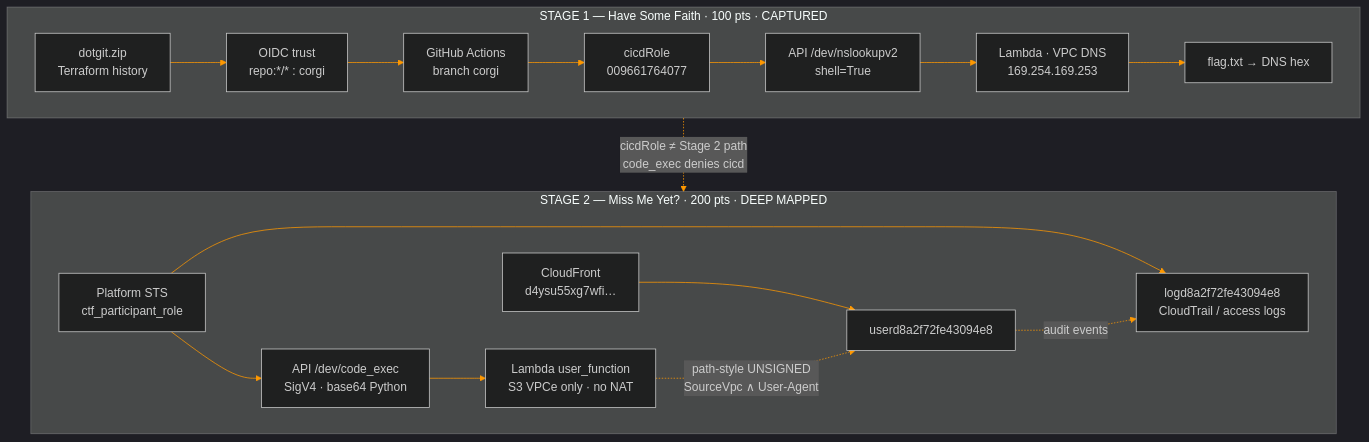
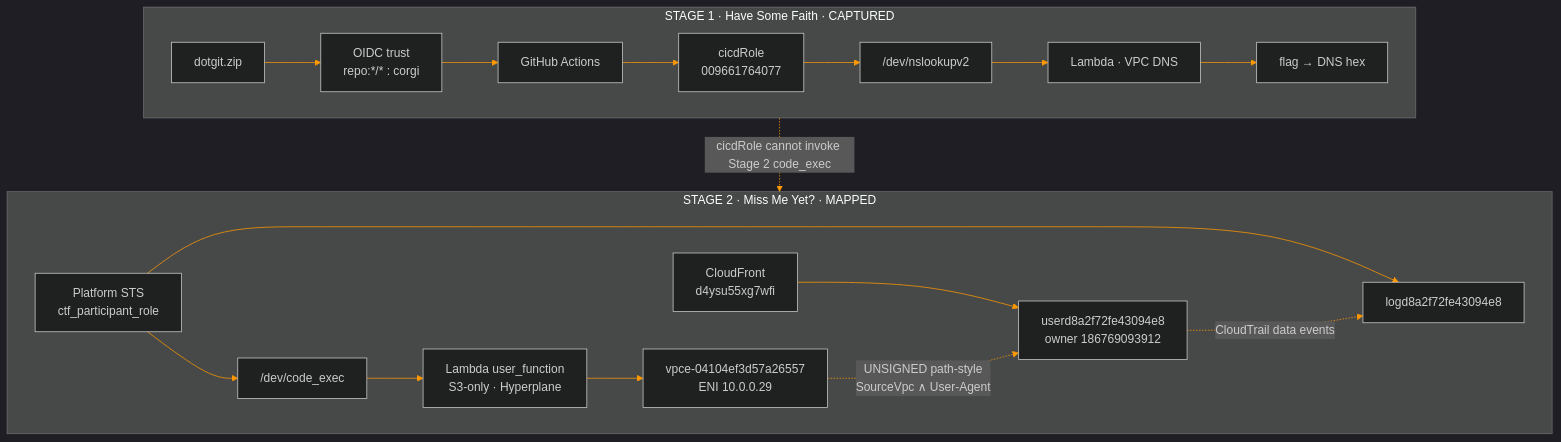
The diagram in README.md (FREECANDY-DEV/MAFAT-2026), drawn with Mermaid before and after one commit. The commit also changed other lines of this file and 6 other files, not shown here.

````diff
--- a/README.md
+++ b/README.md
@@ -73,36 +91,36 @@
 ```mermaid
 %%{init: {
   'theme': 'dark',
   'themeVariables': {
     'primaryColor': '#232F3E',
     'primaryTextColor': '#FFFFFF',
     'primaryBorderColor': '#FF9900',
     'lineColor': '#FF9900',
     'secondaryColor': '#161E2D',
-    'tertiaryColor': '#0D1117',
-    'fontFamily': 'Fira Code, monospace'
+    'tertiaryColor': '#0D1117'
   }
 }}%%
 flowchart TB
-    subgraph S1["STAGE 1 — Have Some Faith · 100 pts · CAPTURED"]
+    subgraph S1["STAGE 1 · Have Some Faith · CAPTURED"]
         direction LR
-        ZIP["dotgit.zip<br/>Terraform history"] --> OIDC["OIDC trust<br/>repo:*/* : corgi"]
-        OIDC --> GHA["GitHub Actions<br/>branch corgi"]
+        ZIP["dotgit.zip"] --> OIDC["OIDC trust<br/>repo:*/* : corgi"]
+        OIDC --> GHA["GitHub Actions"]
         GHA --> CICD["cicdRole<br/>009661764077"]
-        CICD --> NS["API /dev/nslookupv2<br/>shell=True"]
-        NS --> L1["Lambda · VPC DNS<br/>169.254.169.253"]
-        L1 --> F1["flag.txt → DNS hex"]
+        CICD --> NS["/dev/nslookupv2"]
+        NS --> L1["Lambda · VPC DNS"]
+        L1 --> F1["flag → DNS hex"]
     end
 
-    subgraph S2["STAGE 2 — Miss Me Yet? · 200 pts · DEEP MAPPED"]
+    subgraph S2["STAGE 2 · Miss Me Yet? · MAPPED"]
         direction LR
-        STS["Platform STS<br/>ctf_participant_role"] --> CE["API /dev/code_exec<br/>SigV4 · base64 Python"]
-        STS --> LOG["logd8a2f72fe43094e8<br/>CloudTrail / access logs"]
-        CE --> L2["Lambda user_function<br/>S3 VPCe only · no NAT"]
-        CF["CloudFront<br/>d4ysu55xg7wfi…"] --> USER["userd8a2f72fe43094e8"]
-        L2 -.->|"path-style UNSIGNED<br/>SourceVpc ∧ User-Agent"| USER
-        USER -.->|"audit events"| LOG
+        STS["Platform STS<br/>ctf_participant_role"] --> CE["/dev/code_exec"]
+        STS --> LOG["logd8a2f72fe43094e8"]
+        CE --> L2["Lambda user_function<br/>S3-only · Hyperplane"]
+        L2 --> VPCE["vpce-04104ef3d57a26557<br/>ENI 10.0.0.29"]
+        CF["CloudFront<br/>d4ysu55xg7wfi"] --> USER["userd8a2f72fe43094e8<br/>owner 186769093912"]
+        VPCE -.->|"UNSIGNED path-style<br/>SourceVpc ∧ User-Agent"| USER
+        USER -.->|"CloudTrail data events"| LOG
     end
 
-    S1 -.->|"cicdRole ≠ Stage 2 path<br/>code_exec denies cicd"| S2
+    S1 -.->|"cicdRole cannot invoke Stage 2 code_exec"| S2
 ```
````
